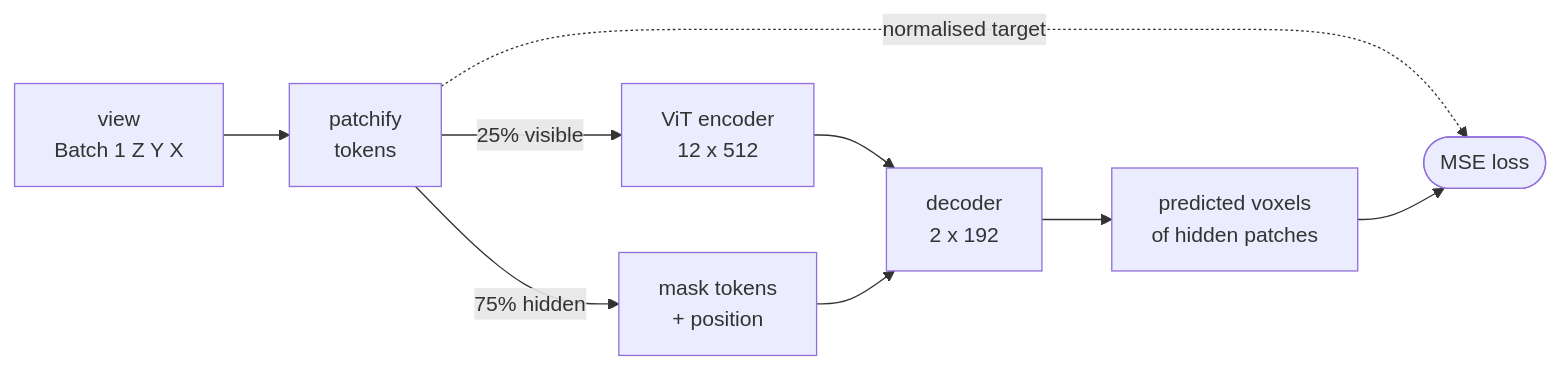
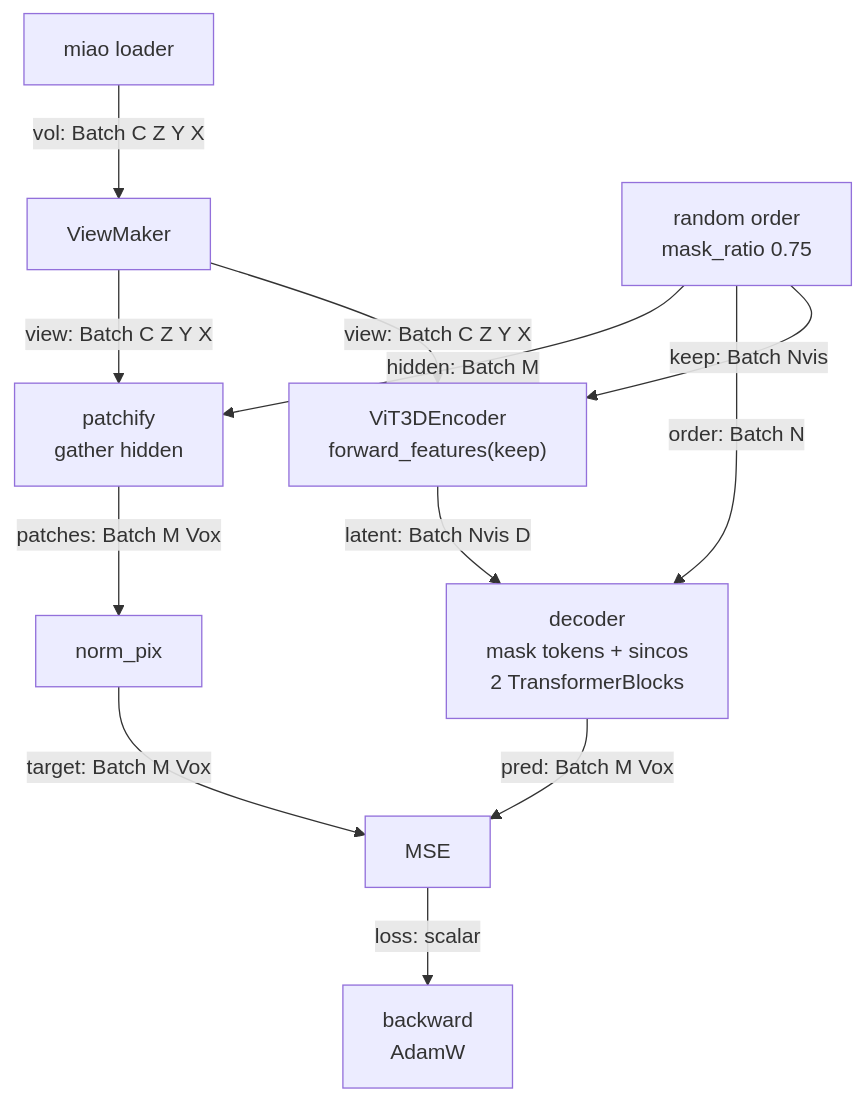
The diagram in diagrams/model-mae.mmd (AI-HHMI/ssl-lejepa), drawn with Mermaid before and after one commit. The commit also changed 3 other files, not shown here.

Commit message:
diagrams: model boxes are code, wires are tensors named with their dims (top to bottom, for legibility)

```diff
--- a/diagrams/model-mae.mmd
+++ b/diagrams/model-mae.mmd
@@ -1,9 +1,12 @@
-flowchart LR
-    I["view<br/>Batch 1 Z Y X"] --> T["patchify<br/>tokens"]
-    T -- "25% visible" --> E["ViT encoder<br/>12 x 512"]
-    T -- "75% hidden" --> Q["mask tokens<br/>+ position"]
-    E --> D["decoder<br/>2 x 192"]
-    Q --> D
-    D --> P["predicted voxels<br/>of hidden patches"]
-    T -. "normalised target" .-> L(["MSE loss"])
-    P --> L
+flowchart TB
+    DL["miao loader"] -->|"vol: Batch C Z Y X"| VM["ViewMaker"]
+    VM -->|"view: Batch C Z Y X"| ENC["ViT3DEncoder<br/>forward_features(keep)"]
+    VM -->|"view: Batch C Z Y X"| PAT["patchify<br/>gather hidden"]
+    ORD["random order<br/>mask_ratio 0.75"] -->|"keep: Batch Nvis"| ENC
+    ORD -->|"order: Batch N"| DEC["decoder<br/>mask tokens + sincos<br/>2 TransformerBlocks"]
+    ORD -->|"hidden: Batch M"| PAT
+    ENC -->|"latent: Batch Nvis D"| DEC
+    DEC -->|"pred: Batch M Vox"| MSE["MSE"]
+    PAT -->|"patches: Batch M Vox"| NP["norm_pix"]
+    NP -->|"target: Batch M Vox"| MSE
+    MSE -->|"loss: scalar"| OPT["backward<br/>AdamW"]
```
